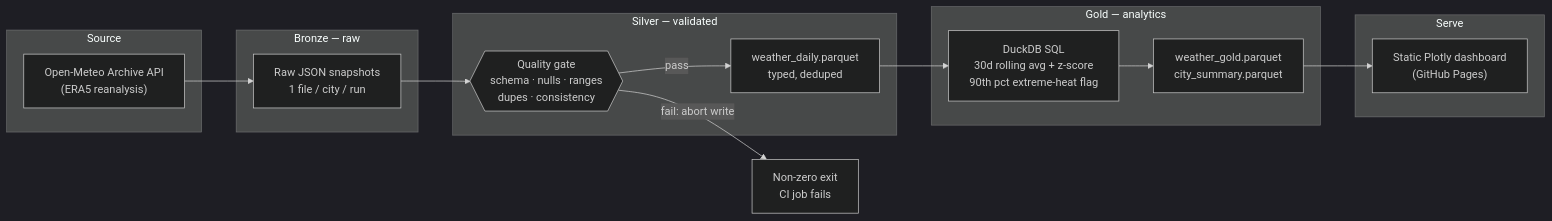
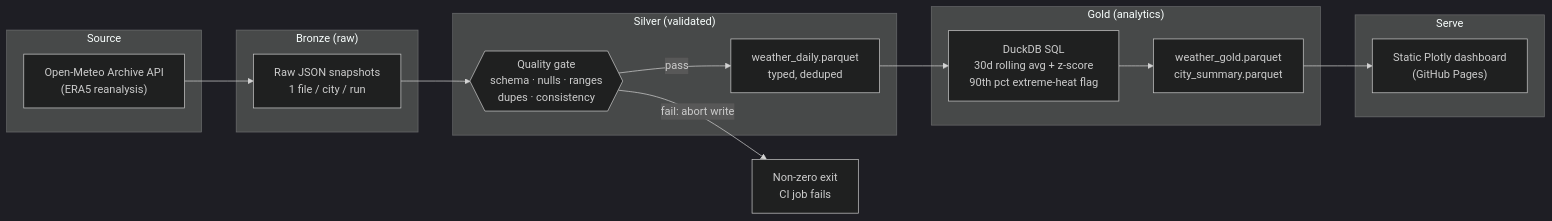
The first of 2 diagrams in README.md (vabhishek8/azure-medallion-weather-pipeline), drawn with Mermaid (dark theme) before and after one commit. The commit also changed other lines of this file, not shown here.

````diff
--- a/README.md
+++ b/README.md
@@ -36,29 +36,29 @@
 ```mermaid
 flowchart LR
     subgraph SRC["Source"]
         API["Open-Meteo Archive API<br/>(ERA5 reanalysis)"]
     end
 
-    subgraph BRONZE["Bronze — raw"]
+    subgraph BRONZE["Bronze (raw)"]
         B["Raw JSON snapshots<br/>1 file / city / run"]
     end
 
-    subgraph SILVER["Silver — validated"]
+    subgraph SILVER["Silver (validated)"]
         QC{{"Quality gate<br/>schema · nulls · ranges<br/>dupes · consistency"}}
         S["weather_daily.parquet<br/>typed, deduped"]
     end
 
-    subgraph GOLD["Gold — analytics"]
+    subgraph GOLD["Gold (analytics)"]
         G["DuckDB SQL<br/>30d rolling avg + z-score<br/>90th pct extreme-heat flag"]
         D["weather_gold.parquet<br/>city_summary.parquet"]
     end
 
     subgraph SERVE["Serve"]
         DASH["Static Plotly dashboard<br/>(GitHub Pages)"]
     end
 
     API --> B --> QC
     QC -- "pass" --> S
     QC -- "fail: abort write" --> FAIL["Non-zero exit<br/>CI job fails"]
     S --> G --> D --> DASH
 ```
````
